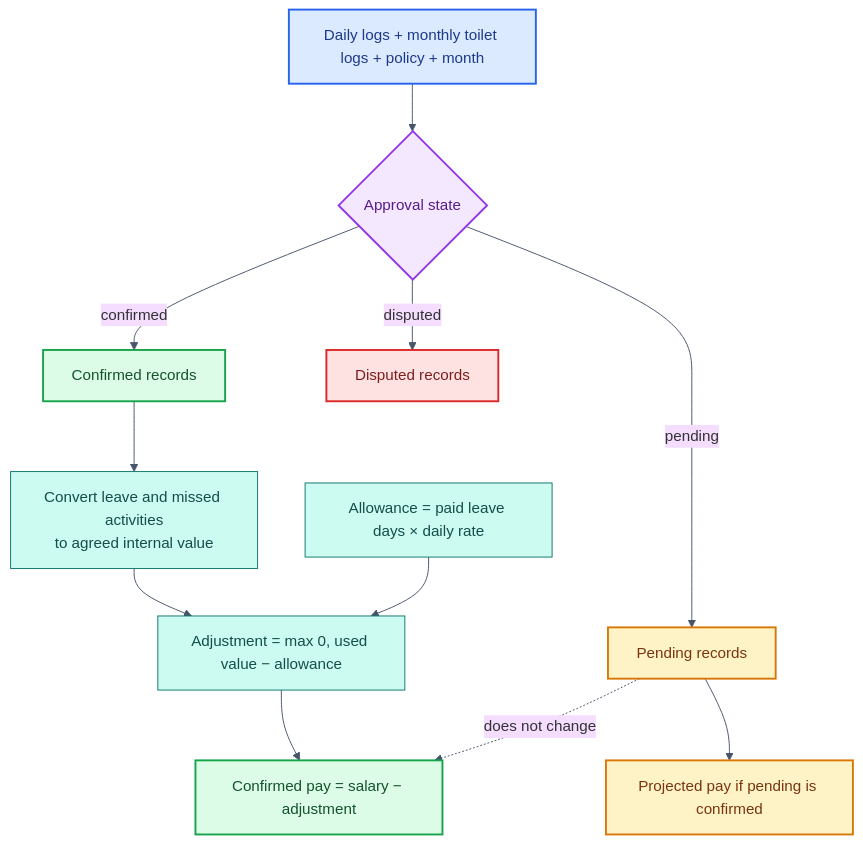
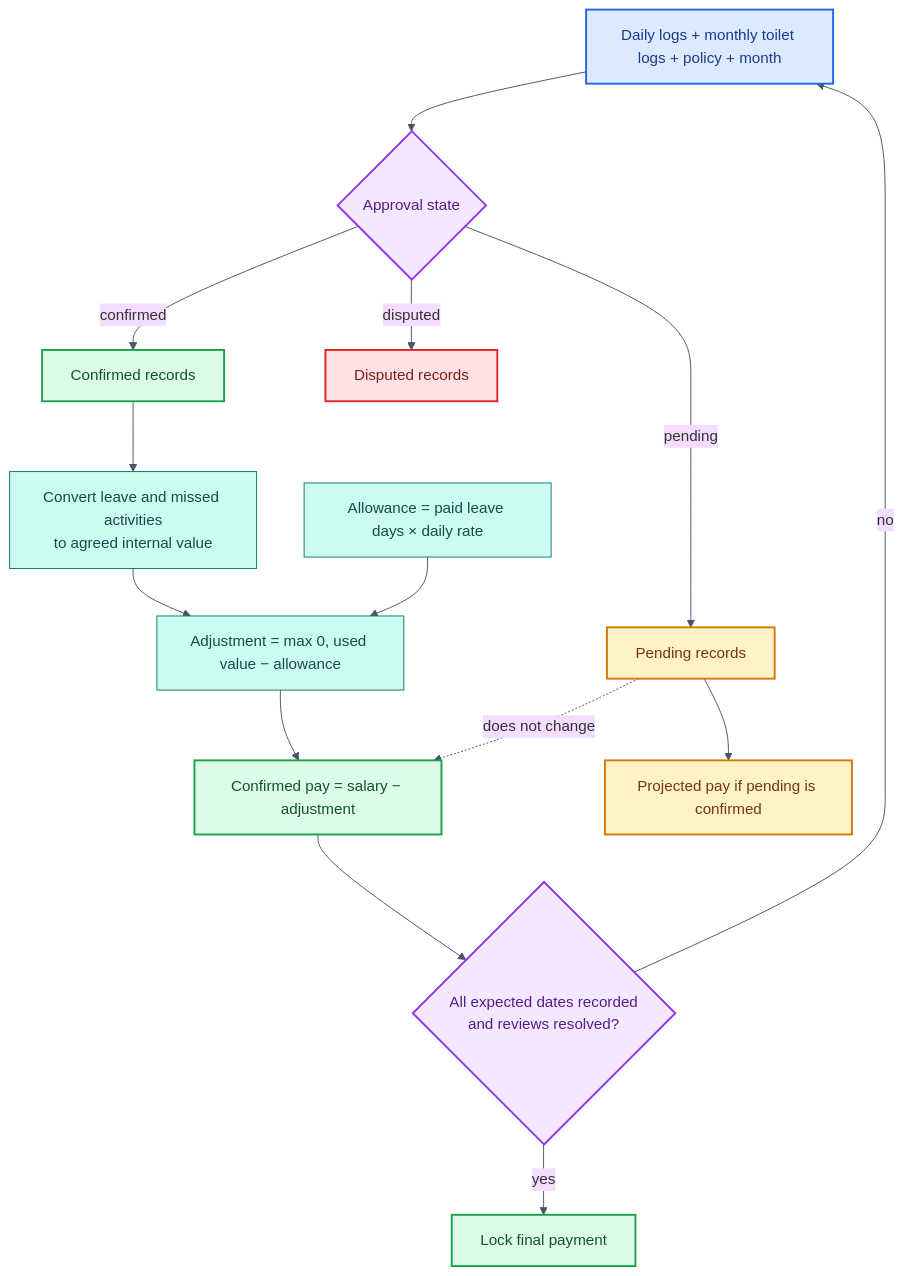
One commit to thechiranjeevjain/SaafHisaab changed the seventh of 10 diagrams in docs/architecture/README.md. Above: the diagram before and after it, drawn with Mermaid. The commit also changed other lines of this file and 21 other files, not shown here.

````diff
--- a/docs/architecture/README.md
+++ b/docs/architecture/README.md
@@ -337,29 +341,34 @@
 ```mermaid
 %%{init: {"theme":"base","themeVariables":{"fontFamily":"Inter,Segoe UI,sans-serif","lineColor":"#475569"}}}%%
 flowchart TD
   INPUT[Daily logs + monthly toilet logs + policy + month]:::input
   FILTER{Approval state}:::decision
   CONF[Confirmed records]:::good
   PEND[Pending records]:::warn
   DISP[Disputed records]:::bad
   VALUE[Convert leave and missed activities<br/>to agreed internal value]:::calc
   ALLOW[Allowance = paid leave days × daily rate]:::calc
   ADJUST[Adjustment = max 0, used value − allowance]:::calc
   PAY[Confirmed pay = salary − adjustment]:::good
   PROJECT[Projected pay if pending is confirmed]:::warn
+  READY{All expected dates recorded<br/>and reviews resolved?}:::decision
+  LOCK[Lock final payment]:::good
 
   INPUT --> FILTER
   FILTER -->|confirmed| CONF --> VALUE
   FILTER -->|pending| PEND --> PROJECT
   FILTER -->|disputed| DISP
   VALUE --> ADJUST
   ALLOW --> ADJUST --> PAY
   PEND -. does not change .-> PAY
+  PAY --> READY
+  READY -->|no| INPUT
+  READY -->|yes| LOCK
 
   classDef input fill:#dbeafe,stroke:#2563eb,color:#1e3a8a,stroke-width:2px;
   classDef decision fill:#f3e8ff,stroke:#9333ea,color:#581c87,stroke-width:2px;
   classDef good fill:#dcfce7,stroke:#16a34a,color:#14532d,stroke-width:2px;
   classDef warn fill:#fef3c7,stroke:#d97706,color:#78350f,stroke-width:2px;
   classDef bad fill:#fee2e2,stroke:#dc2626,color:#7f1d1d,stroke-width:2px;
   classDef calc fill:#ccfbf1,stroke:#0f766e,color:#134e4a;
 ```
````
